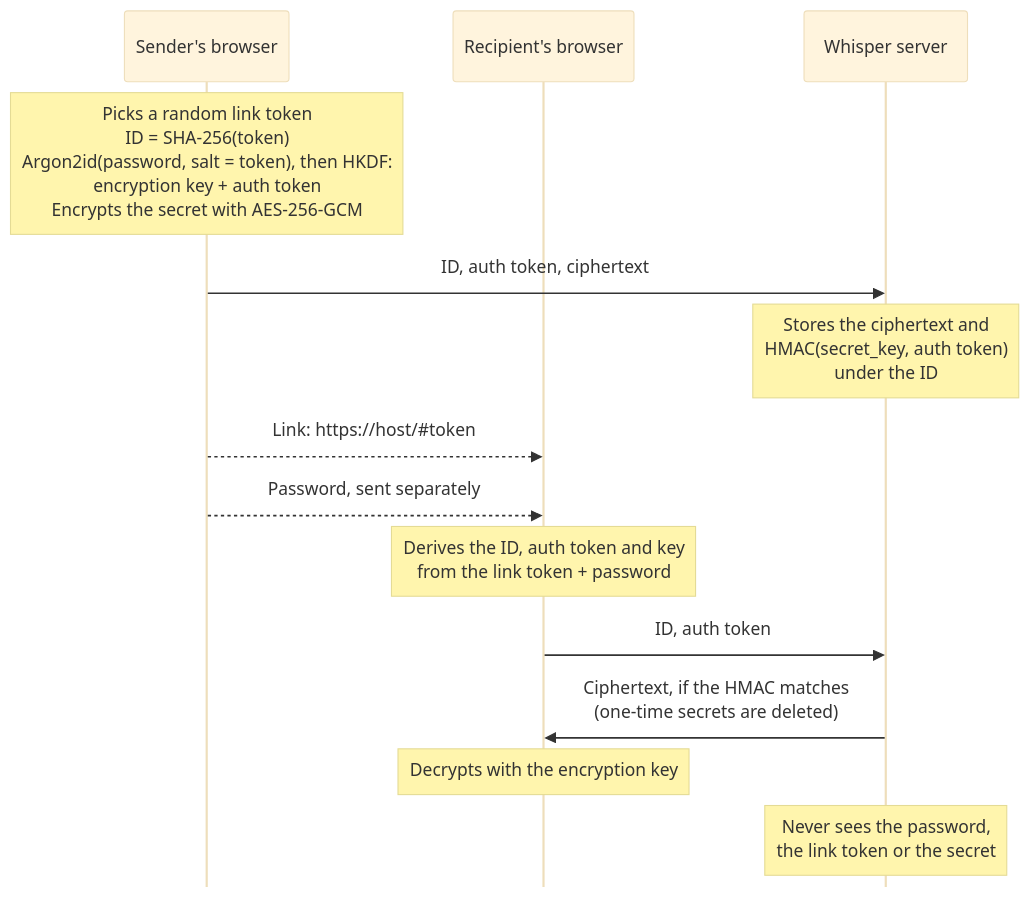
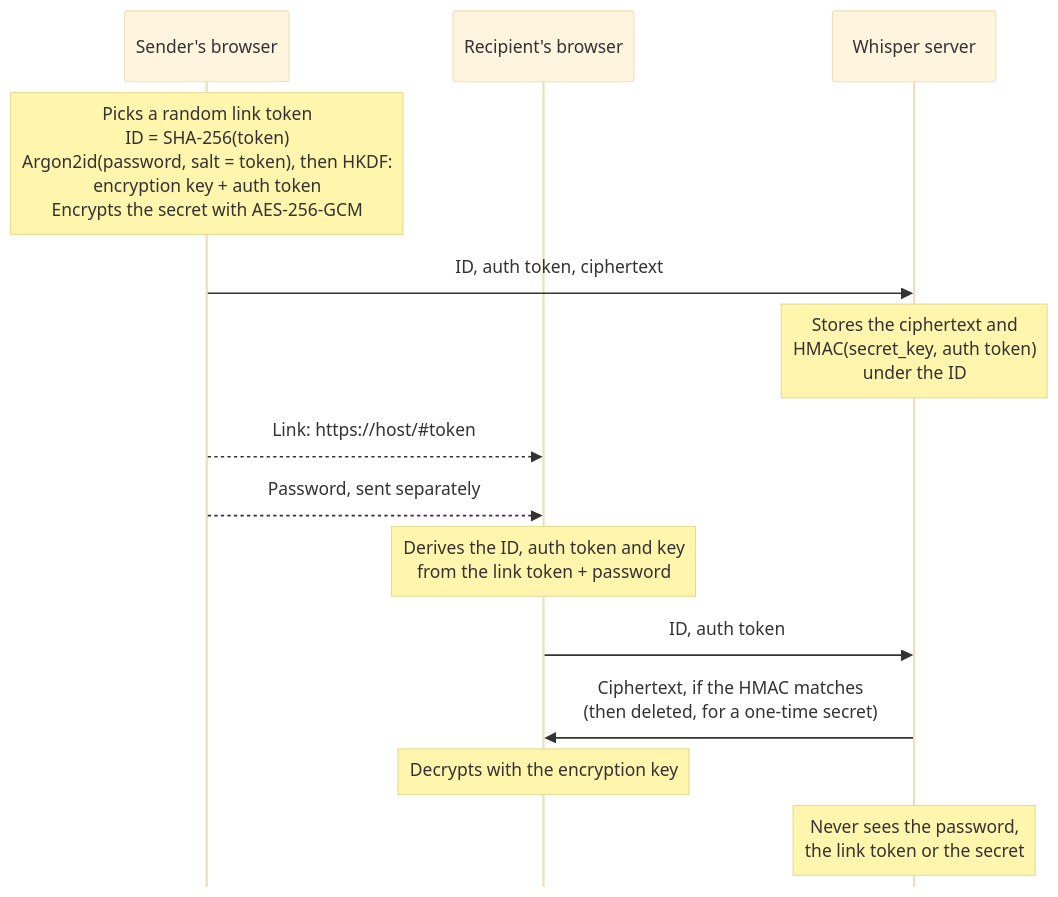
Before and after one commit to viyh/whisper: the diagram in README.md, drawn with Mermaid (base theme). The commit also changed other lines of this file and 16 other files, not shown here.

First line of the commit message:
Keep a read one-time secret's record, recheck before opening

````diff
--- a/README.md
+++ b/README.md
@@ -9,18 +9,18 @@
 ```mermaid
 %%{init: {"sequence": {"mirrorActors": false}}}%%
 sequenceDiagram
     participant S as Sender's browser
     participant R as Recipient's browser
     participant W as Whisper server
 
     Note over S: Picks a random link token<br/>ID = SHA-256(token)<br/>Argon2id(password, salt = token), then HKDF:<br/>encryption key + auth token<br/>Encrypts the secret with AES-256-GCM
     S->>W: ID, auth token, ciphertext
     Note over W: Stores the ciphertext and<br/>HMAC(secret_key, auth token)<br/>under the ID
     S-->>R: Link: https://host/#35;token
     S-->>R: Password, sent separately
     Note over R: Derives the ID, auth token and key<br/>from the link token + password
     R->>W: ID, auth token
-    W->>R: Ciphertext, if the HMAC matches<br/>(one-time secrets are deleted)
+    W->>R: Ciphertext, if the HMAC matches<br/>(then deleted, for a one-time secret)
     Note over R: Decrypts with the encryption key
     Note over W: Never sees the password,<br/>the link token or the secret
 ```
````
